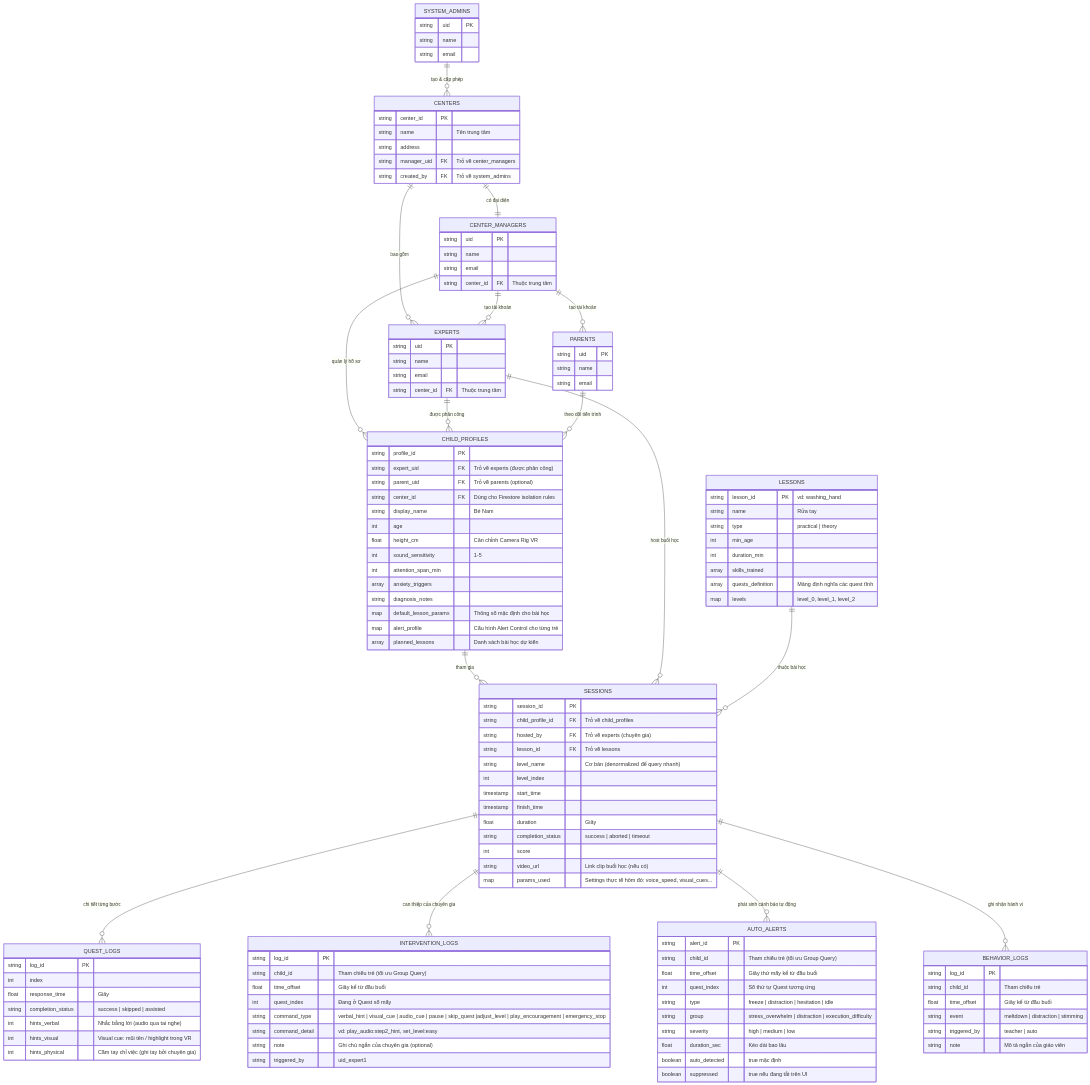
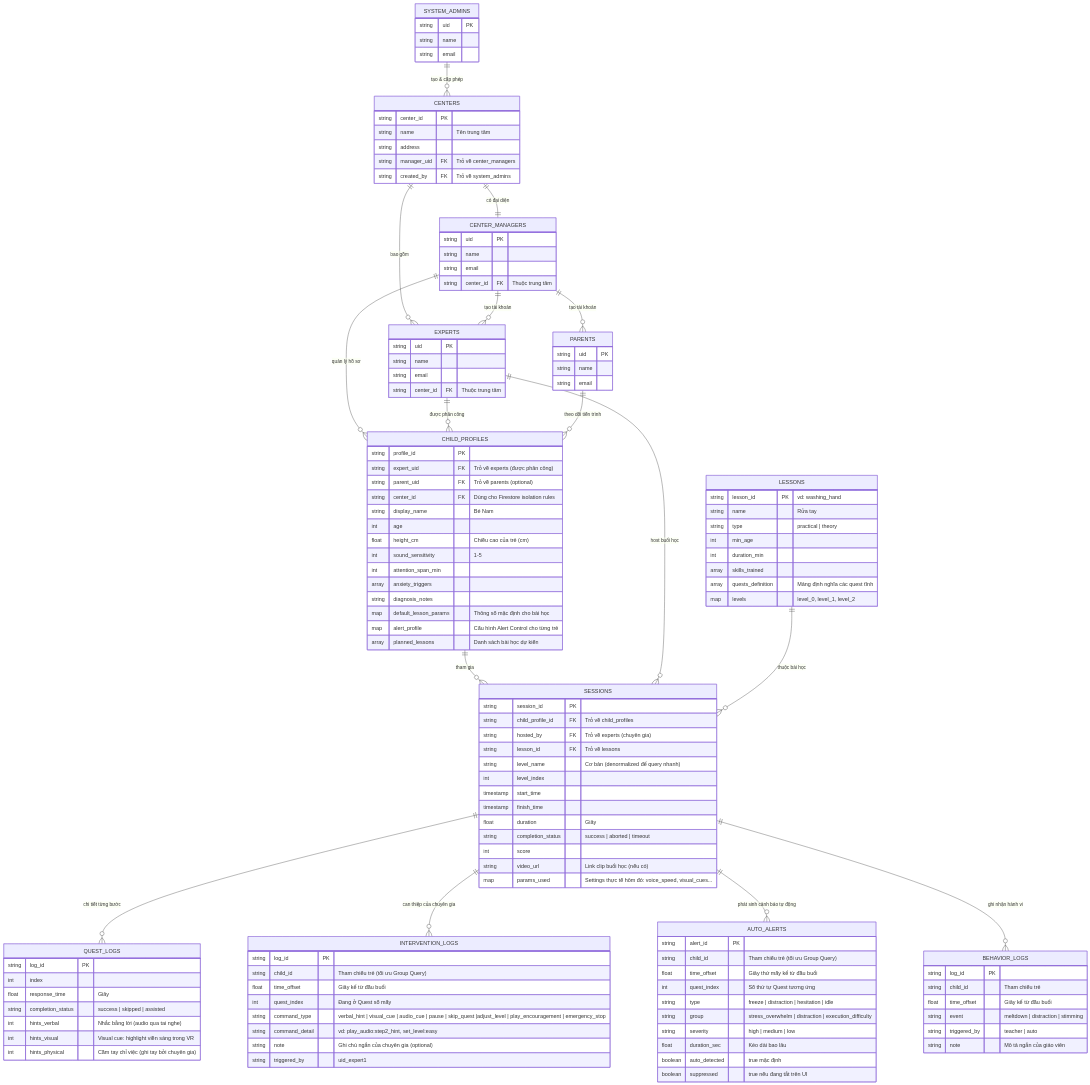
One commit to notvux00/VRA-web changed the first of 2 diagrams in doc/architecture/DATABASE_SCHEMA_DESIGN.md. Above: the diagram before and after it, drawn with Mermaid. The commit also changed 11 other files, not shown here.

First line of the commit message:
docs(arch): sync architecture docs and gitnexus rules

```diff
--- a/doc/architecture/DATABASE_SCHEMA_DESIGN.md
+++ b/doc/architecture/DATABASE_SCHEMA_DESIGN.md
@@ -64,7 +64,7 @@
         string center_id FK "Dùng cho Firestore isolation rules"
         string display_name "Bé Nam"
         int age
-        float height_cm "Căn chỉnh Camera Rig VR"
+        float height_cm "Chiều cao của trẻ (cm)"
         int sound_sensitivity "1-5"
         int attention_span_min
         array anxiety_triggers
@@ -112,7 +112,7 @@
         float response_time "Giây"
         string completion_status "success | skipped | assisted"
         int hints_verbal "Nhắc bằng lời (audio qua tai nghe)"
-        int hints_visual "Visual cue: mũi tên / highlight trong VR"
+        int hints_visual "Visual cue: highlight viền sáng trong VR"
         int hints_physical "Cầm tay chỉ việc (ghi tay bởi chuyên gia)"
     }
 
```
